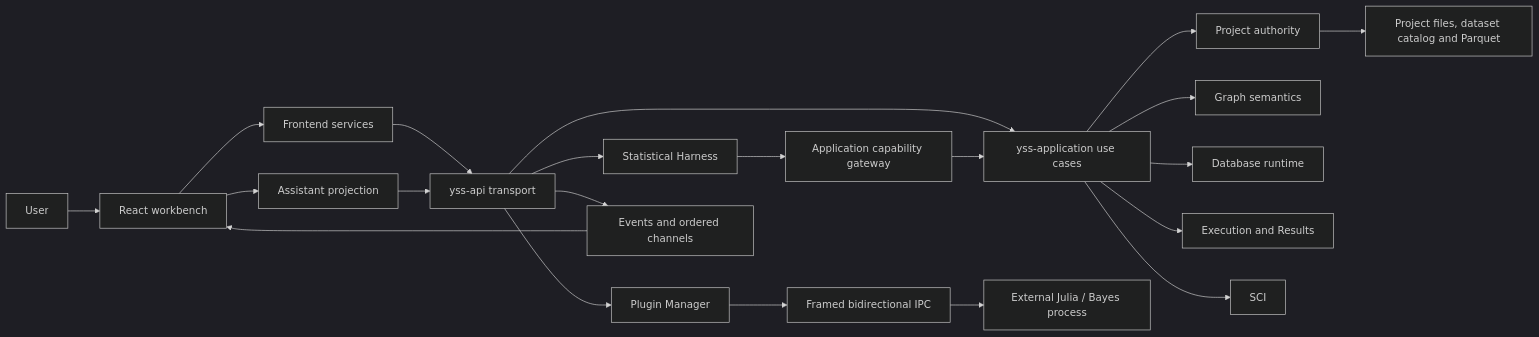
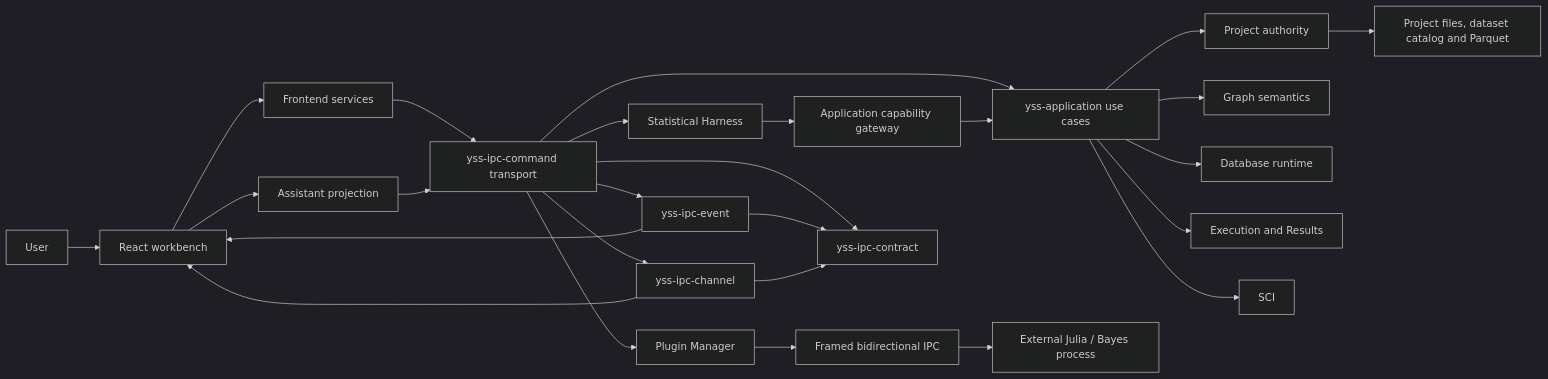
Before and after one commit to zhouyi207/YssBI: the first of 2 diagrams in docs/architecture/ARCHITECTURE.md, drawn with Mermaid (dark theme). The commit also changed other lines of this file and 14 other files, not shown here.

Commit message:
docs(ipc): document split transport boundaries and shared state

````diff
--- a/docs/architecture/ARCHITECTURE.md
+++ b/docs/architecture/ARCHITECTURE.md
@@ -14,23 +14,28 @@
 ```mermaid
 flowchart LR
   USER[User] --> UI[React workbench]
   UI --> SERVICES[Frontend services]
-  SERVICES --> API[yss-api transport]
+  SERVICES --> API[yss-ipc-command transport]
   API --> APP[yss-application use cases]
   APP --> PROJECT[Project authority]
   APP --> GRAPH[Graph semantics]
   APP --> DATABASE[Database runtime]
   APP --> EXECUTION[Execution and Results]
   APP --> SCI[SCI]
   API --> PLUGINS[Plugin Manager]
   PLUGINS --> IPC[Framed bidirectional IPC]
   IPC --> EXT[External Julia / Bayes process]
   UI --> HARNESSUI[Assistant projection]
   HARNESSUI --> API
   API --> HARNESS[Statistical Harness]
   HARNESS --> GATEWAY[Application capability gateway]
   GATEWAY --> APP
   PROJECT --> STORAGE[Project files, dataset catalog and Parquet]
-  API --> STREAMS[Events and ordered channels]
-  STREAMS --> UI
+  API --> EVENTS[yss-ipc-event]
+  API --> CHANNELS[yss-ipc-channel]
+  API --> WIRE[yss-ipc-contract]
+  EVENTS --> WIRE
+  CHANNELS --> WIRE
+  EVENTS --> UI
+  CHANNELS --> UI
 ```
````
